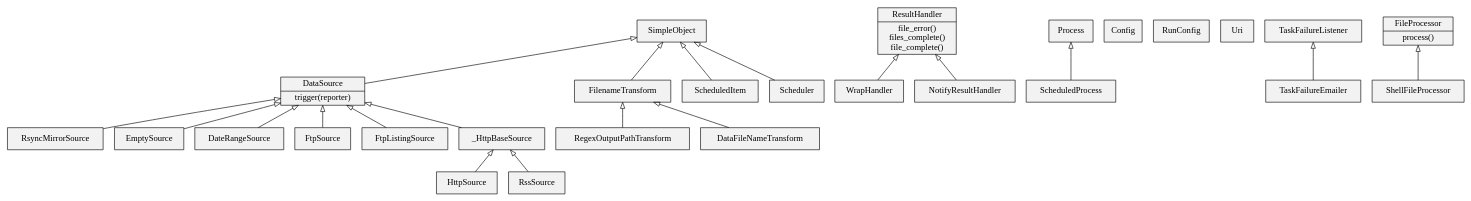
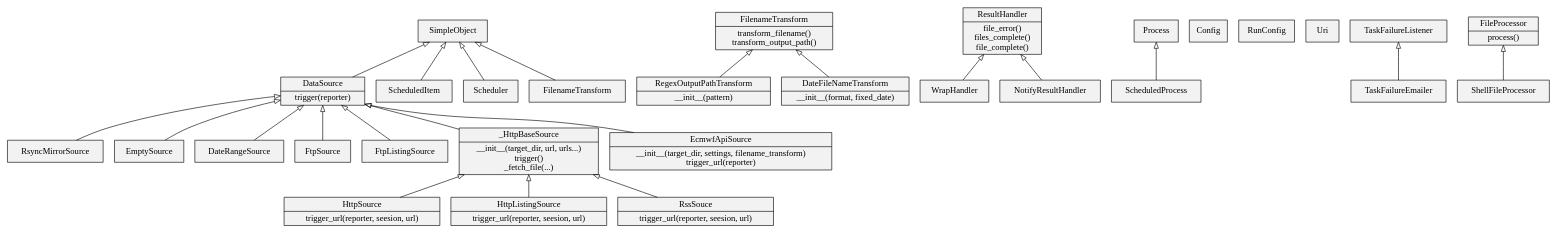
The diagram in docs/fetch.dot (GeoscienceAustralia/fetch), drawn with Graphviz before and after one commit.

Commit message:
More detail in class diagram

```diff
--- a/docs/fetch.dot
+++ b/docs/fetch.dot
@@ -1,55 +1,59 @@
 digraph fetch {
 
 	node[shape=record,style=filled,fillcolor=gray95]
 	edge[dir=back, arrowtail=empty]
 
 	SimpleObject [shape=box];
 	4[label="{DataSource|trigger(reporter)}"];
 	RsyncMirrorSource [shape=box];
 	EmptySource [shape=box];
 	DateRangeSource [shape=box];
 	FtpSource [shape=box];
 	FtpListingSource [shape=box];
-	_HttpBaseSource [shape=box];
-	HttpSource [shape=box];
-	RssSource [shape=box];
-	FilenameTransform [shape=box];
-	RegexOutputPathTransform [shape=box];
-	DataFileNameTransform [shape=box];
+	10[label="{_HttpBaseSource|__init__(target_dir, url, urls...)\ntrigger()\n_fetch_file(...)}"];
+	11[label="{HttpSource|trigger_url(reporter, seesion, url)}"];
+	12[label="{HttpListingSource|trigger_url(reporter, seesion, url)}"];
+	13[label="{RssSouce|trigger_url(reporter, seesion, url)}"];
+	14[label="{EcmwfApiSource|__init__(target_dir, settings, filename_transform)\ntrigger_url(reporter)}"];
+	7[label="{FilenameTransform|transform_filename()\ntransform_output_path()}"];
+	8[label="{RegexOutputPathTransform|__init__(pattern)}"];
+	9[label="{DateFileNameTransform|__init__(format, fixed_date)}"];
 	WrapHandler [shape=box];
 	ScheduledItem [shape=box];
 	Process [shape=box];
 	ScheduledProcess [shape=box];
 	Scheduler[shape=box];
 	Config[shape=box];
 	RunConfig[shape=box];
 	Uri[shape=box];
 	TaskFailureListener[shape=box];
 	TaskFailureEmailer[shape=box];
 	5[label="{ResultHandler|file_error()\nfiles_complete()\nfile_complete()}"];
 	6[label="{NotifyResultHandler}"];
 	2[label="{FileProcessor|process()}"];
 	3[label="{ShellFileProcessor}"];
 
 	SimpleObject -> 4;
 	4 -> RsyncMirrorSource;
 	4 -> EmptySource;
 	4 -> DateRangeSource;
 	4 -> FtpSource;
 	4 -> FtpListingSource;
-	4 -> _HttpBaseSource;
-	_HttpBaseSource -> HttpSource;
-	_HttpBaseSource -> RssSource;
+	4 -> 14;
+	4 -> 10;
+	10 -> 11;
+	10 -> 12;
+	10 -> 13;
 
 	SimpleObject -> FilenameTransform;
-        FilenameTransform -> RegexOutputPathTransform;
-        FilenameTransform -> DataFileNameTransform;
+        7 -> 8;
+        7 -> 9;
 
 	SimpleObject -> ScheduledItem;
 	SimpleObject -> Scheduler;
 	TaskFailureListener -> TaskFailureEmailer;
 	5 -> 6;
 	5 -> WrapHandler;
 	Process -> ScheduledProcess;
 	2 -> 3;
 }        
```
